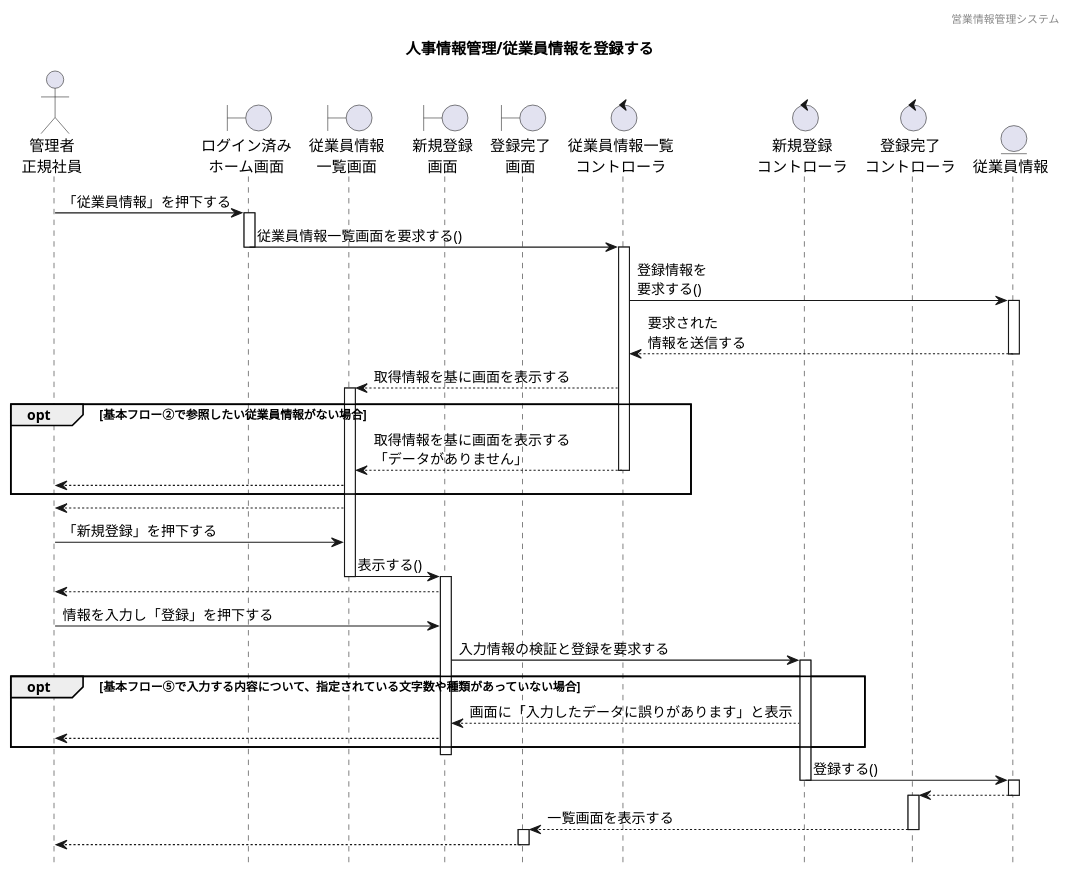
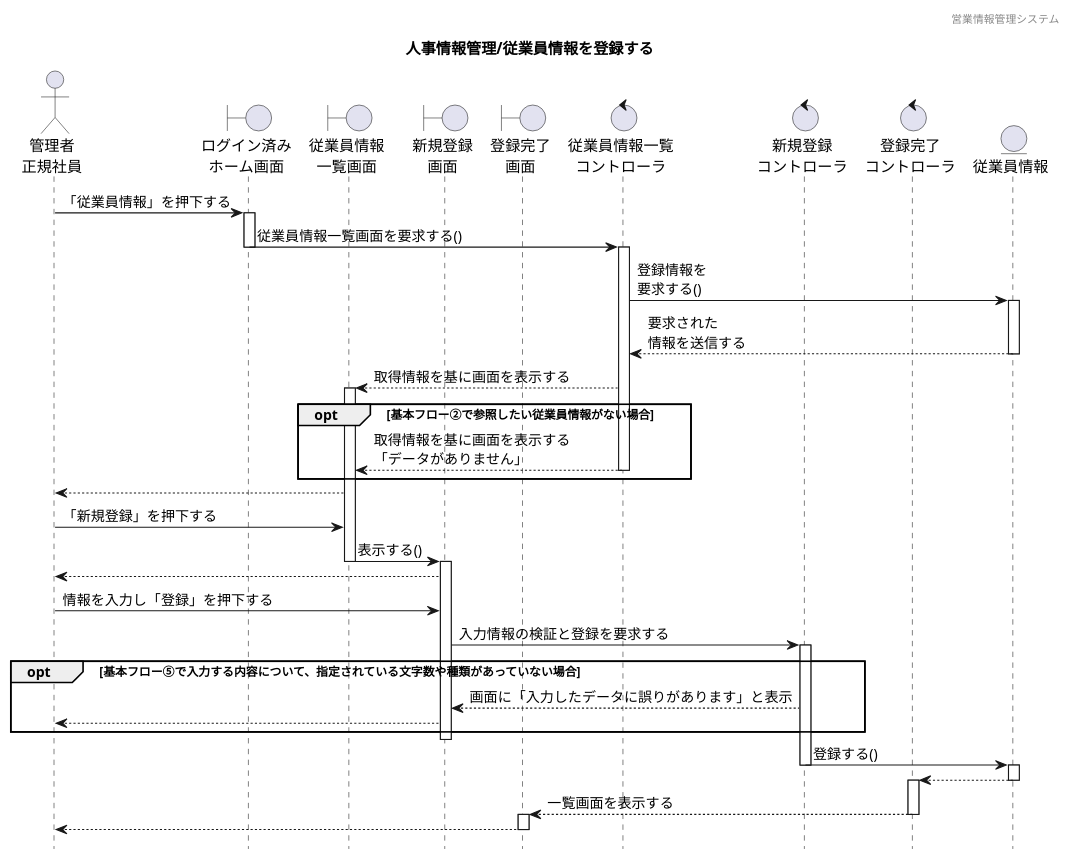
One commit to HaruShim/Sotuken changed the diagram in 各種設計書/4シーケンス図/マスタ管理/1.従業員情報マスタ/従業員情報管理_登録.plantuml. Above: the diagram before and after it, drawn with PlantUML. The commit also changed 2 other files, not shown here.

```diff
--- a/各種設計書/4シーケンス図/マスタ管理/1.従業員情報マスタ/従業員情報管理_登録.plantuml
+++ b/各種設計書/4シーケンス図/マスタ管理/1.従業員情報マスタ/従業員情報管理_登録.plantuml
@@ -1,77 +1,76 @@
 @startuml シーケンス図
 
 ' 下アイコン除去
 hide footbox
 ' ヘッダー
 header 営業情報管理システム
 ' タイトル
 title 人事情報管理/従業員情報を登録する
 
 
 ' アイコン
 actor "管理者\n正規社員" as a1
 boundary "ログイン済み\nホーム画面" as b1
 boundary "従業員情報\n一覧画面" as b2
 boundary "新規登録\n画面" as b3
 boundary "登録完了\n画面" as b4
 control "従業員情報一覧\nコントローラ" as c1
 control "新規登録\nコントローラ" as c2
 control "登録完了\nコントローラ" as c3
 entity "従業員情報" as e1
 
 
 ' ログイン済みホーム画面から一覧表示までのシーケンス
 a1 -> b1 : 「従業員情報」を押下する
 activate b1
 b1 -> c1 : 従業員情報一覧画面を要求する()
 deactivate b1
 activate c1
 c1 -> e1 : 登録情報を\n要求する()
 activate e1
 c1 <-- e1 : 要求された\n情報を送信する
 deactivate e1
 b2 <-- c1 : 取得情報を基に画面を表示する
 activate b2
 
 ' 代替フロー
 opt 基本フロー②で参照したい従業員情報がない場合
 b2 <-- c1 : 取得情報を基に画面を表示する\n「データがありません」
 deactivate c1
-a1 <-- b2
 end
 
 activate b2
 a1 <-- b2
 a1 -> b2 : 「新規登録」を押下する
 b2 -> b3 : 表示する()
 deactivate b2
 activate b3
 a1 <-- b3
 a1 -> b3 : 情報を入力し「登録」を押下する
 b3 -> c2 : 入力情報の検証と登録を要求する
 activate c2
 
 ' 代替フロー
 opt 基本フロー⑤で入力する内容について、指定されている文字数や種類があっていない場合
 b3 <-- c2 : 画面に「入力したデータに誤りがあります」と表示
 deactivate c1
 a1 <-- b3
 end
 
 deactivate b3
 activate c2
 c2 -> e1 : 登録する()
 deactivate c2
 activate e1
 c3 <-- e1
 deactivate e1
 activate c3
 b4 <-- c3 : 一覧画面を表示する
 deactivate c3
 activate b4
 a1 <-- b4
 deactivate b4
 
 
 
 @enduml
```
